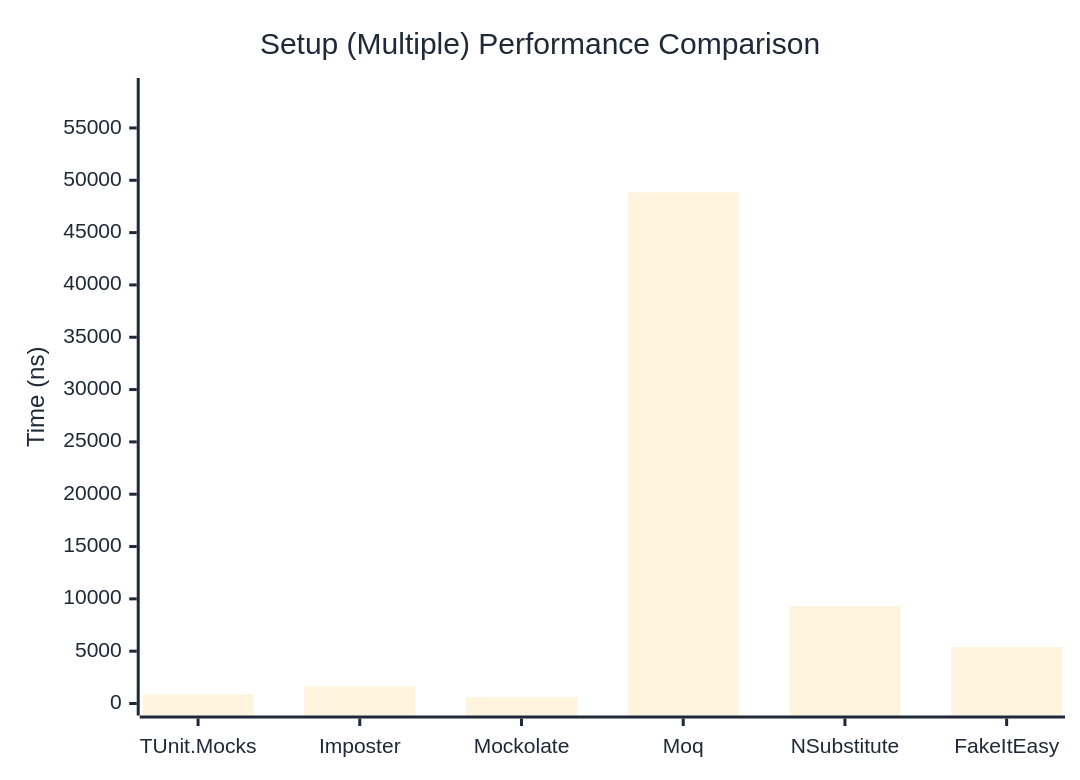
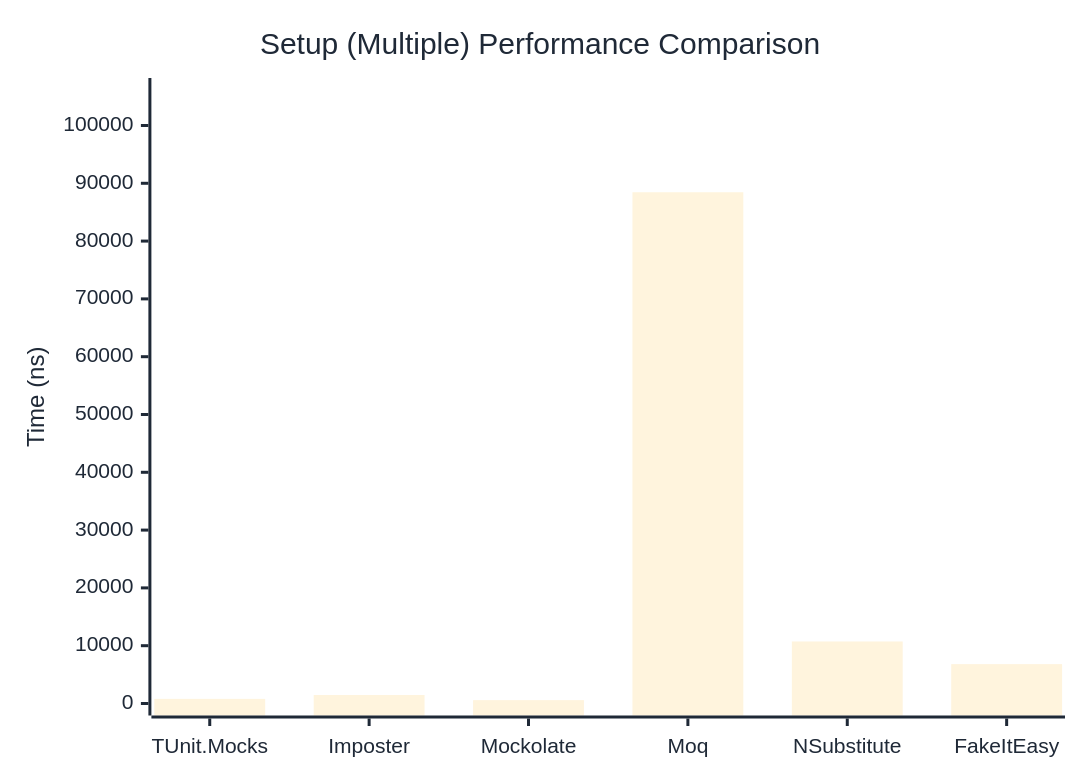
The second of 2 diagrams in docs/docs/benchmarks/mocks/Setup.md (thomhurst/TUnit), drawn with Mermaid before and after one commit. The commit also changed other lines of this file and 14 other files, not shown here.

````diff
--- a/docs/docs/benchmarks/mocks/Setup.md
+++ b/docs/docs/benchmarks/mocks/Setup.md
@@ -71,27 +71,27 @@
 ```mermaid
 %%{init: {
   'theme':'base',
   'themeVariables': {
     'primaryColor': '#2563eb',
     'primaryTextColor': '#1f2937',
     'primaryBorderColor': '#1e40af',
     'lineColor': '#6b7280',
     'secondaryColor': '#7c3aed',
     'tertiaryColor': '#dc2626',
     'background': '#ffffff',
     'pie1': '#2563eb',
     'pie2': '#7c3aed',
     'pie3': '#dc2626',
     'pie4': '#f59e0b',
     'pie5': '#10b981',
     'pie6': '#06b6d4',
     'pie7': '#ec4899',
     'pie8': '#6366f1'
   }
 }}%%
 xychart-beta
   title "Setup (Multiple) Performance Comparison"
   x-axis ["TUnit.Mocks", "Imposter", "Mockolate", "Moq", "NSubstitute", "FakeItEasy"]
-  y-axis "Time (ns)" 0 --> 58628
-  bar [871.2, 1626.9, 607.4, 48856.2, 9311, 5404.5]
+  y-axis "Time (ns)" 0 --> 106139
+  bar [798.2, 1469.5, 580.4, 88448.7, 10730, 6810.8]
 ```
````
